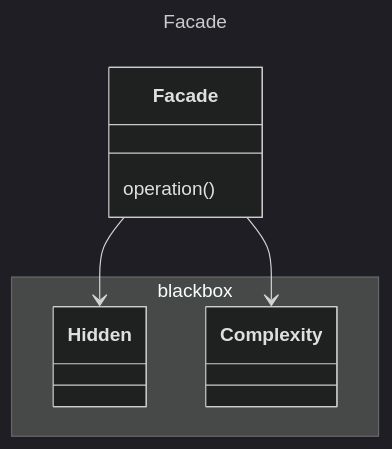
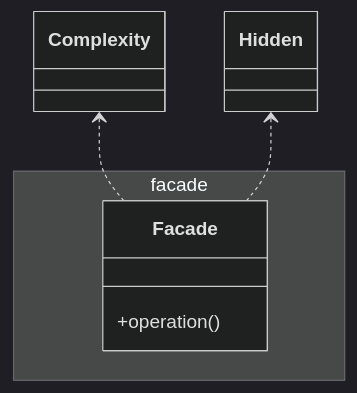
One commit to mtrigueira/JGoF changed the diagram in src/main/java/org/example/gof/structure/facade/Facade.md. Above: the diagram before and after it, drawn with Mermaid (dark theme). The commit also changed other lines of this file, not shown here.

Commit message:
Edit Facade.md add related patterns

````diff
--- a/src/main/java/org/example/gof/structure/facade/Facade.md
+++ b/src/main/java/org/example/gof/structure/facade/Facade.md
@@ -1,18 +3,11 @@
 ```mermaid
----
-title: Facade
----
 classDiagram
-    class Facade {
-        operation()
-    }
-    namespace blackbox {
-        class Hidden {
-        }
-        class Complexity {
+    namespace facade {
+        class Facade {
+            +operation()
         }
     }
+    Complexity <.. Facade
+    Hidden <.. Facade
 
-    Facade --> Complexity
-    Facade --> Hidden 
 ```
````
